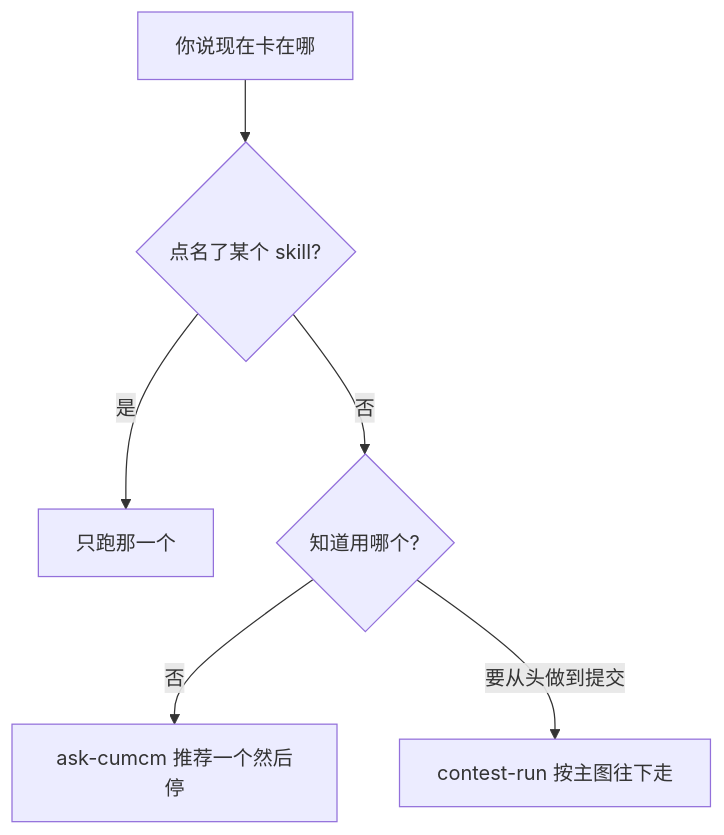
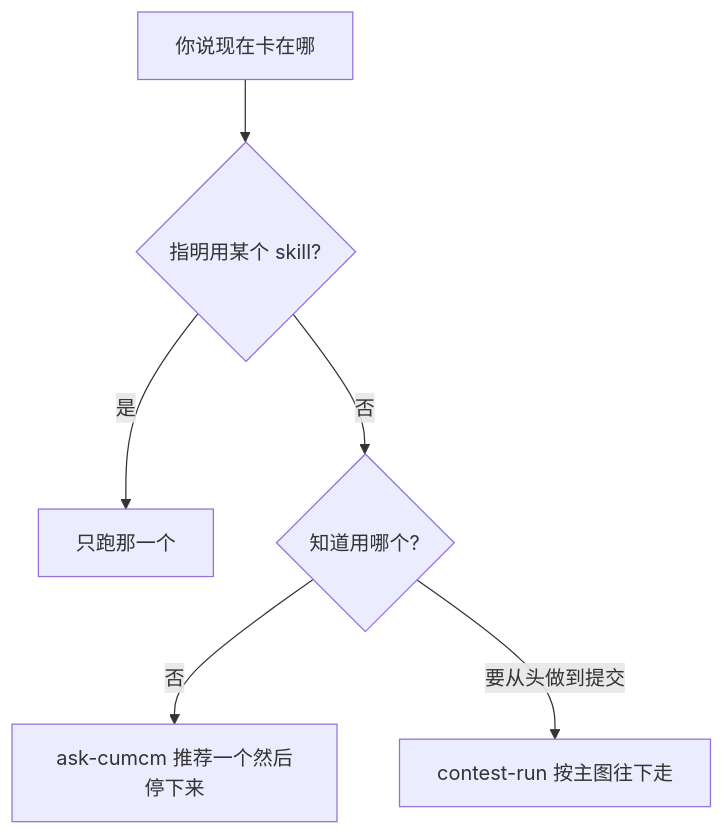
The first of 4 diagrams in README.md (NemoArce2007/cumcm-skills), drawn with Mermaid before and after one commit. The commit also changed other lines of this file, not shown here.

````diff
--- a/README.md
+++ b/README.md
@@ -49,8 +60,8 @@
 ```mermaid
 flowchart TD
-  you[你说现在卡在哪] --> named{点名了某个 skill?}
+  you[你说现在卡在哪] --> named{指明用某个 skill?}
   named -->|是| one[只跑那一个]
   named -->|否| know{知道用哪个?}
-  know -->|否| ask[ask-cumcm 推荐一个然后停]
+  know -->|否| ask[ask-cumcm 推荐一个然后停下来]
   know -->|要从头做到提交| run[contest-run 按主图往下走]
 ```
````
